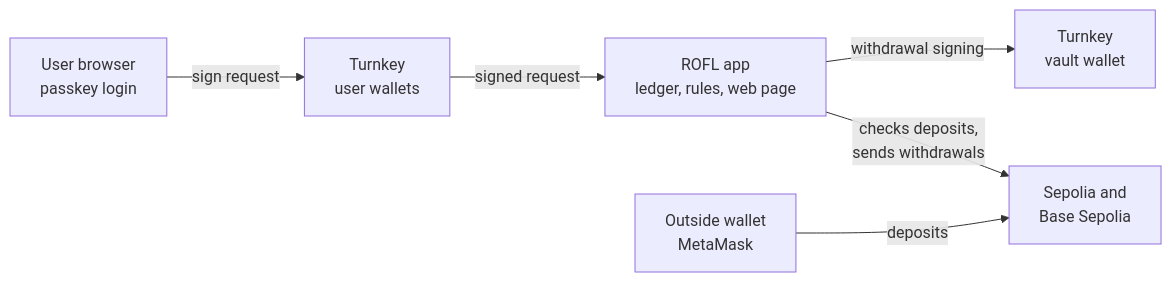
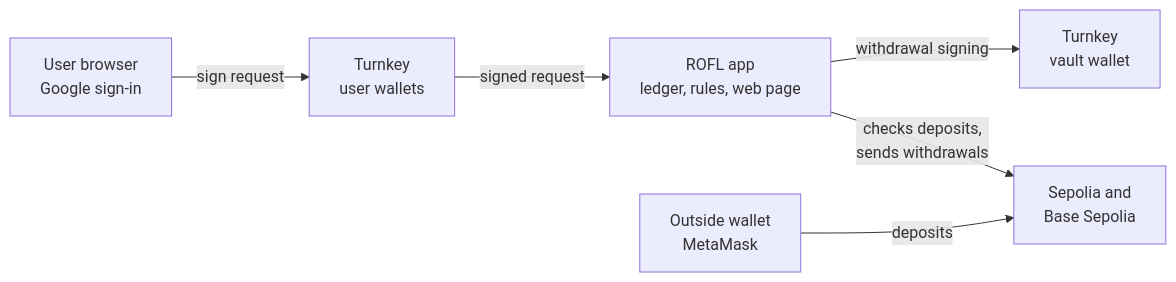
Before and after one commit to wilwixqa1/crossroads-turnkey: the first of 2 diagrams in docs/SOW.md, drawn with Mermaid. The commit also changed other lines of this file and 2 other files, not shown here.

Commit message:
Session 2 close-out, final: SoW rev 65 snapshot (Google sign-in, one Withdraw button, GitHub deploys), full handoff, backlog

````diff
--- a/docs/SOW.md
+++ b/docs/SOW.md
@@ -52,8 +52,8 @@
 ```mermaid
 flowchart LR
-    U[User browser<br/>passkey login] -->|sign request| TU[Turnkey<br/>user wallets]
+    U[User browser<br/>Google sign-in] -->|sign request| TU[Turnkey<br/>user wallets]
     TU -->|signed request| A[ROFL app<br/>ledger, rules, web page]
     A -->|withdrawal signing| TV[Turnkey<br/>vault wallet]
     X[Outside wallet<br/>MetaMask] -->|deposits| C[Sepolia and<br/>Base Sepolia]
     A -->|checks deposits,<br/>sends withdrawals| C
 ```
````
